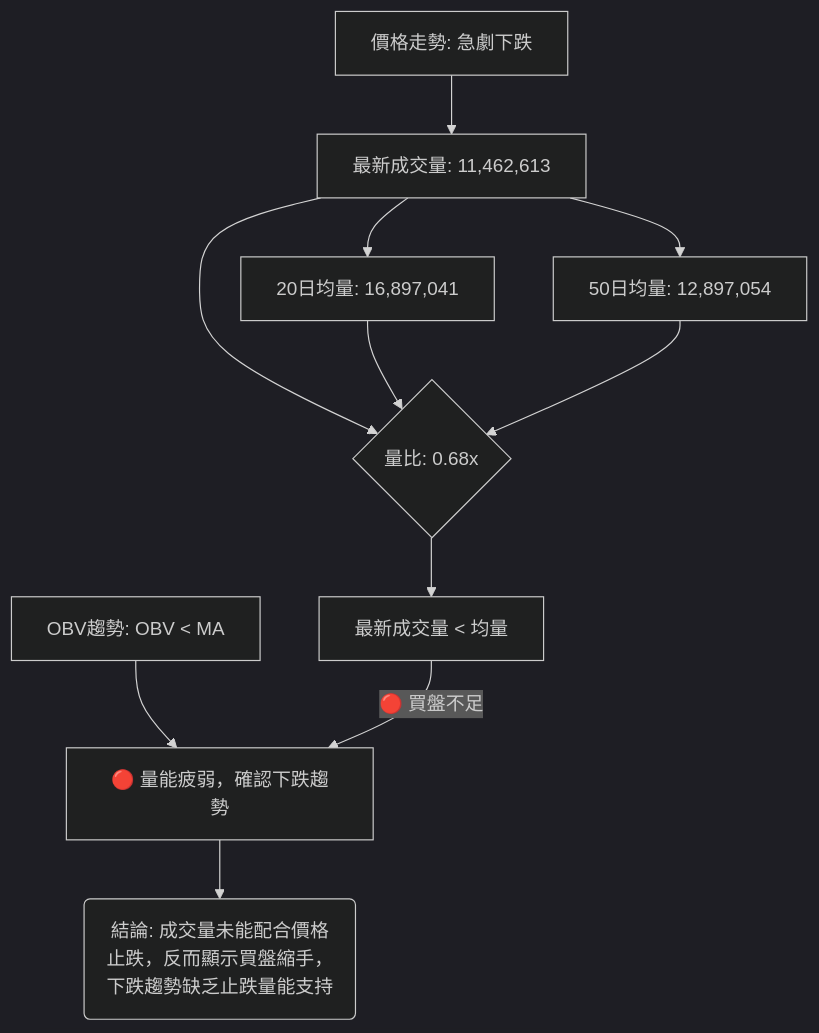
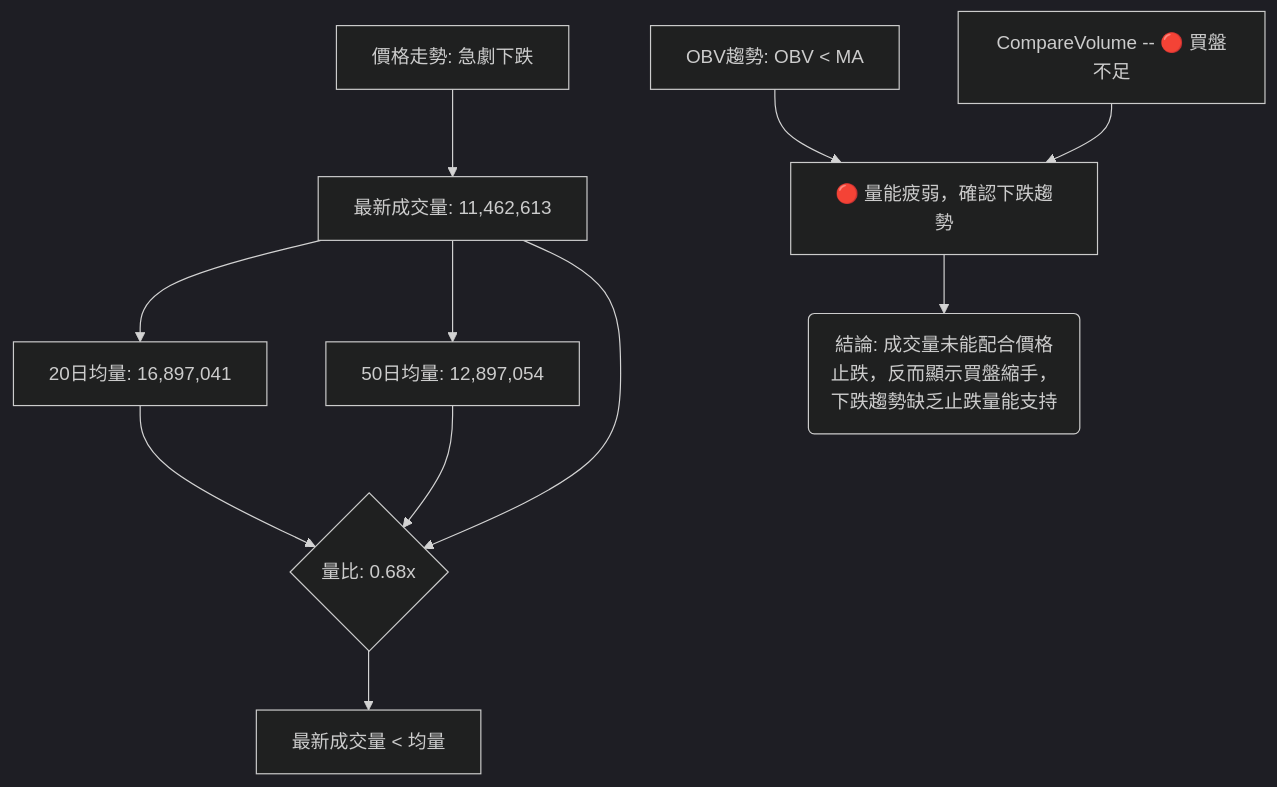
One commit to yennanliu/finance_data changed the eighth of 8 diagrams in ai_gen_report/stock/pl/technical_analysis_2026-06-26_gemini.md. Above: the diagram before and after it, drawn with Mermaid (dark theme). The commit also changed other lines of this file and 2258 other files, not shown here.

First line of the commit message:
chore: backfill Mermaid syntax repair across existing reports

````diff
--- a/ai_gen_report/stock/pl/technical_analysis_2026-06-26_gemini.md
+++ b/ai_gen_report/stock/pl/technical_analysis_2026-06-26_gemini.md
@@ -545,18 +545,18 @@
 ```mermaid
 graph TD
-    P[價格走勢: 急劇下跌] --> V[最新成交量: 11,462,613]
-    V --> Avg20[20日均量: 16,897,041]
-    V --> Avg50[50日均量: 12,897,054]
+    P["價格走勢: 急劇下跌"] --> V["最新成交量: 11,462,613"]
+    V --> Avg20["20日均量: 16,897,041"]
+    V --> Avg50["50日均量: 12,897,054"]
 
-    VolRatio{量比: 0.68x}
+    VolRatio{"量比: 0.68x"}
     V --> VolRatio
     Avg20 --> VolRatio
     Avg50 --> VolRatio
 
-    OBV[OBV趨勢: OBV < MA] --> BearishVolume[🔴 量能疲弱，確認下跌趨勢]
+    OBV["OBV趨勢: OBV < MA"] --> BearishVolume["🔴 量能疲弱，確認下跌趨勢"]
 
-    VolRatio --> CompareVolume[最新成交量 < 均量]
-    CompareVolume -- 🔴 買盤不足 --> BearishVolume
+    VolRatio --> CompareVolume["最新成交量 < 均量"]
+    nb1["CompareVolume -- 🔴 買盤不足"] --> BearishVolume
 
-    BearishVolume --> Conclusion(結論: 成交量未能配合價格止跌，反而顯示買盤縮手，下跌趨勢缺乏止跌量能支持)
+    BearishVolume --> Conclusion("結論: 成交量未能配合價格止跌，反而顯示買盤縮手，下跌趨勢缺乏止跌量能支持")
 ```
````
